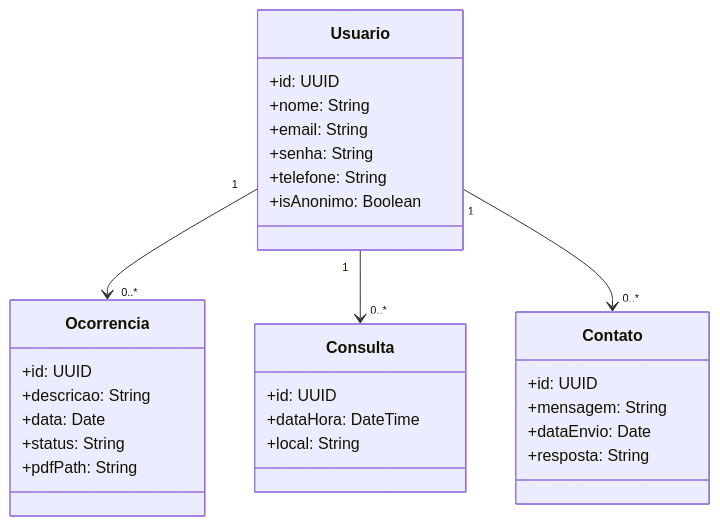
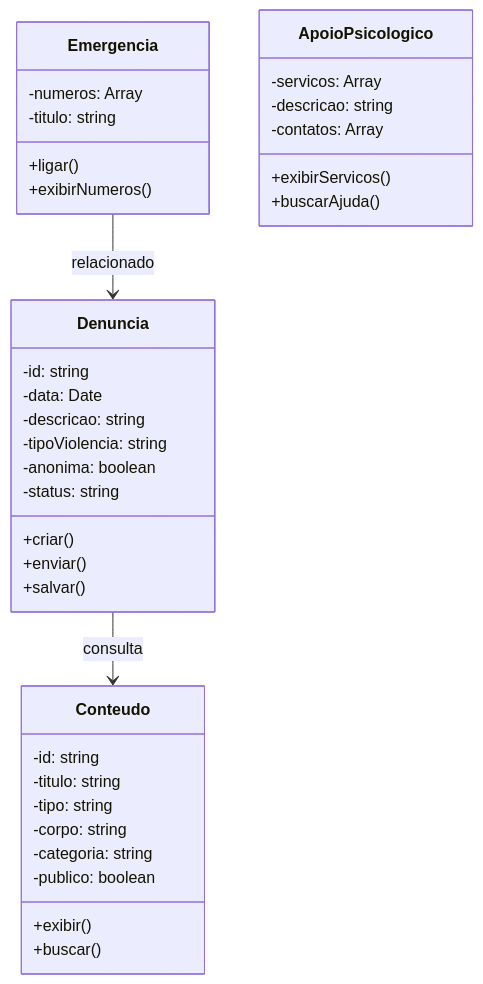
One commit to liviamanfre/delegaciadamulher changed the first of 9 diagrams in README.md. Above: the diagram before and after it, drawn with Mermaid. The commit also changed other lines of this file and 2 other files, not shown here.

````diff
--- a/README.md
+++ b/README.md
@@ -51,36 +54,43 @@
 ```mermaid
 classDiagram
-    class Usuario {
-        +id: UUID
-        +nome: String
-        +email: String
-        +senha: String
-        +telefone: String
-        +isAnonimo: Boolean
+    class Denuncia {
+        -id: string
+        -data: Date
+        -descricao: string
+        -tipoViolencia: string
+        -anonima: boolean
+        -status: string
+        +criar()
+        +enviar()
+        +salvar()
     }
-
-    class Ocorrencia {
-        +id: UUID
-        +descricao: String
-        +data: Date
-        +status: String
-        +pdfPath: String
+    
+    class Conteudo {
+        -id: string
+        -titulo: string
+        -tipo: string
+        -corpo: string
+        -categoria: string
+        -publico: boolean
+        +exibir()
+        +buscar()
     }
-
-    class Consulta {
-        +id: UUID
-        +dataHora: DateTime
-        +local: String
+    
+    class Emergencia {
+        -numeros: Array
+        -titulo: string
+        +ligar()
+        +exibirNumeros()
     }
-
-    class Contato {
-        +id: UUID
-        +mensagem: String
-        +dataEnvio: Date
-        +resposta: String
+    
+    class ApoioPsicologico {
+        -servicos: Array
+        -descricao: string
+        -contatos: Array
+        +exibirServicos()
+        +buscarAjuda()
     }
-
-    Usuario "1" --> "0..*" Ocorrencia
-    Usuario "1" --> "0..*" Consulta
-    Usuario "1" --> "0..*" Contato
+    
+    Denuncia --> Conteudo : consulta
+    Emergencia --> Denuncia : relacionado
 ```
````
